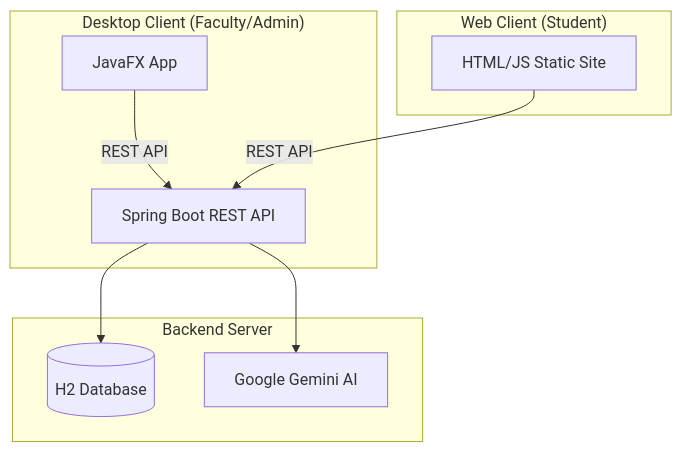
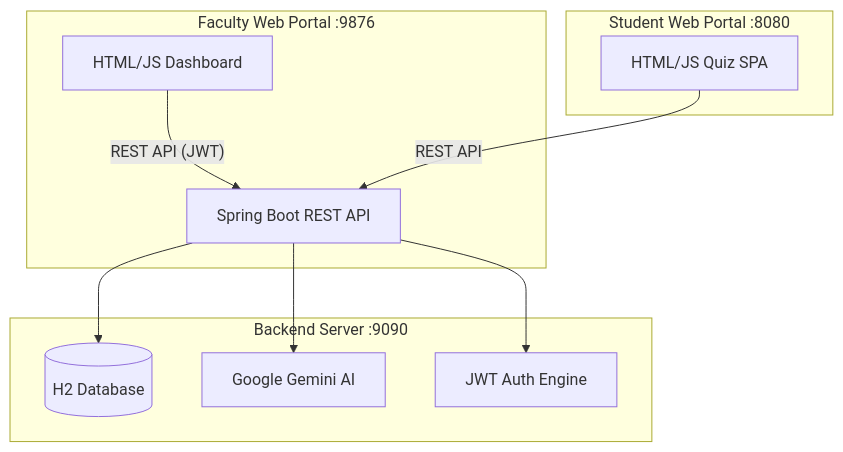
Before and after one commit to Daku3011/Quiz: the diagram in info.md, drawn with Mermaid. The commit also changed other lines of this file and 1 other file, not shown here.

Commit message:
docs: Update README with expanded architecture, new features, and deployment details, alongside portal configuration adjustments.

````diff
--- a/info.md
+++ b/info.md
@@ -11,13 +15,14 @@
 ```mermaid
 graph TD
-    subgraph "Desktop Client (Faculty/Admin)"
-        A[JavaFX App] -->|REST API| B
+    subgraph "Faculty Web Portal :9876"
+        A["HTML/JS Dashboard"] -->|"REST API (JWT)"| B
     end
-    subgraph "Backend Server"
-        B[Spring Boot REST API] --> C[(H2 Database)]
-        B --> D[Google Gemini AI]
+    subgraph "Backend Server :9090"
+        B["Spring Boot REST API"] --> C[("H2 Database")]
+        B --> D["Google Gemini AI"]
+        B --> E["JWT Auth Engine"]
     end
-    subgraph "Web Client (Student)"
-        E[HTML/JS Static Site] -->|REST API| B
+    subgraph "Student Web Portal :8080"
+        F["HTML/JS Quiz SPA"] -->|"REST API"| B
     end
 ```
````
